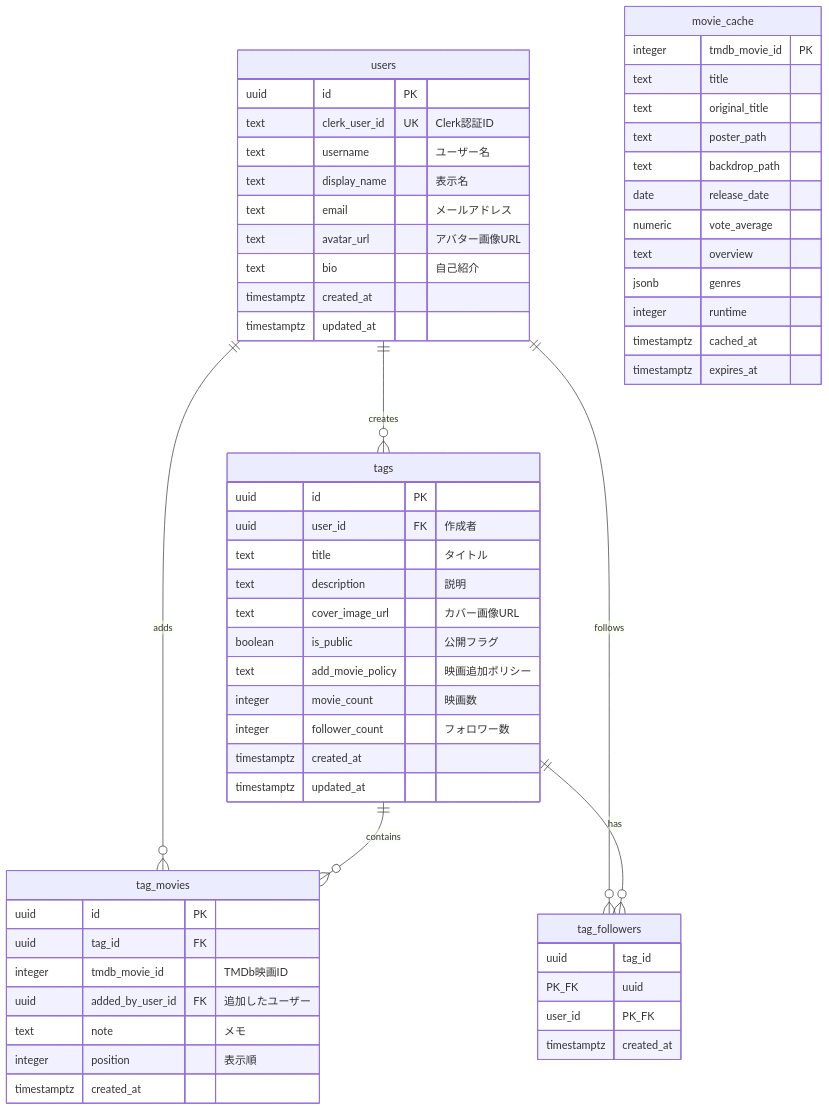
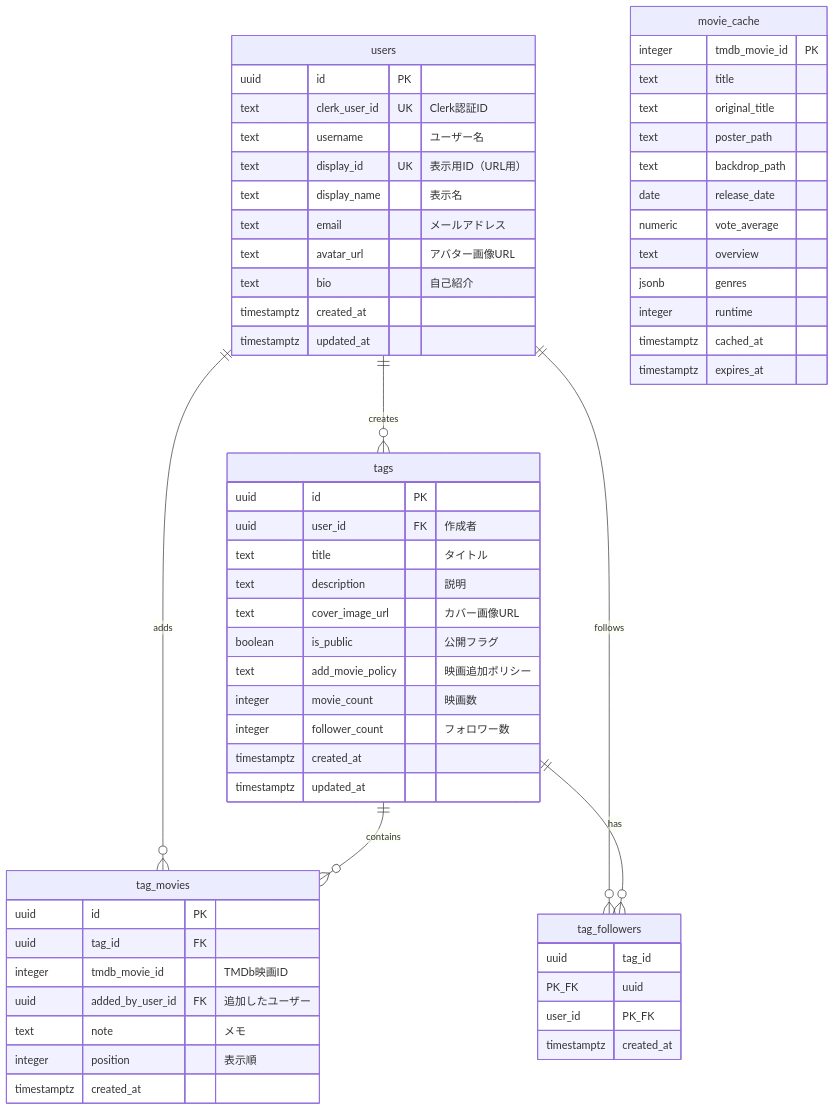
One commit to yasudaProduct/cinetag changed the diagram in docs/database-schema.md. Above: the diagram before and after it, drawn with Mermaid. The commit also changed other lines of this file and 20 other files, not shown here.

````diff
--- a/docs/database-schema.md
+++ b/docs/database-schema.md
@@ -5,65 +5,66 @@
 ```mermaid
 erDiagram
     users ||--o{ tags : "creates"
     users ||--o{ tag_movies : "adds"
     users ||--o{ tag_followers : "follows"
     tags ||--o{ tag_movies : "contains"
     tags ||--o{ tag_followers : "has"
 
     users {
         uuid id PK
         text clerk_user_id UK "Clerk認証ID"
         text username "ユーザー名"
+        text display_id UK "表示用ID（URL用）"
         text display_name "表示名"
         text email "メールアドレス"
         text avatar_url "アバター画像URL"
         text bio "自己紹介"
         timestamptz created_at
         timestamptz updated_at
     }
 
     tags {
         uuid id PK
         uuid user_id FK "作成者"
         text title "タイトル"
         text description "説明"
         text cover_image_url "カバー画像URL"
         boolean is_public "公開フラグ"
         text add_movie_policy "映画追加ポリシー"
         integer movie_count "映画数"
         integer follower_count "フォロワー数"
         timestamptz created_at
         timestamptz updated_at
     }
 
     tag_movies {
         uuid id PK
         uuid tag_id FK
         integer tmdb_movie_id "TMDb映画ID"
         uuid added_by_user_id FK "追加したユーザー"
         text note "メモ"
         integer position "表示順"
         timestamptz created_at
     }
 
     tag_followers {
         uuid tag_id PK_FK
         uuid user_id PK_FK
         timestamptz created_at
     }
 
     movie_cache {
         integer tmdb_movie_id PK
         text title
         text original_title
         text poster_path
         text backdrop_path
         date release_date
         numeric vote_average
         text overview
         jsonb genres
         integer runtime
         timestamptz cached_at
         timestamptz expires_at
     }
 ```
````
